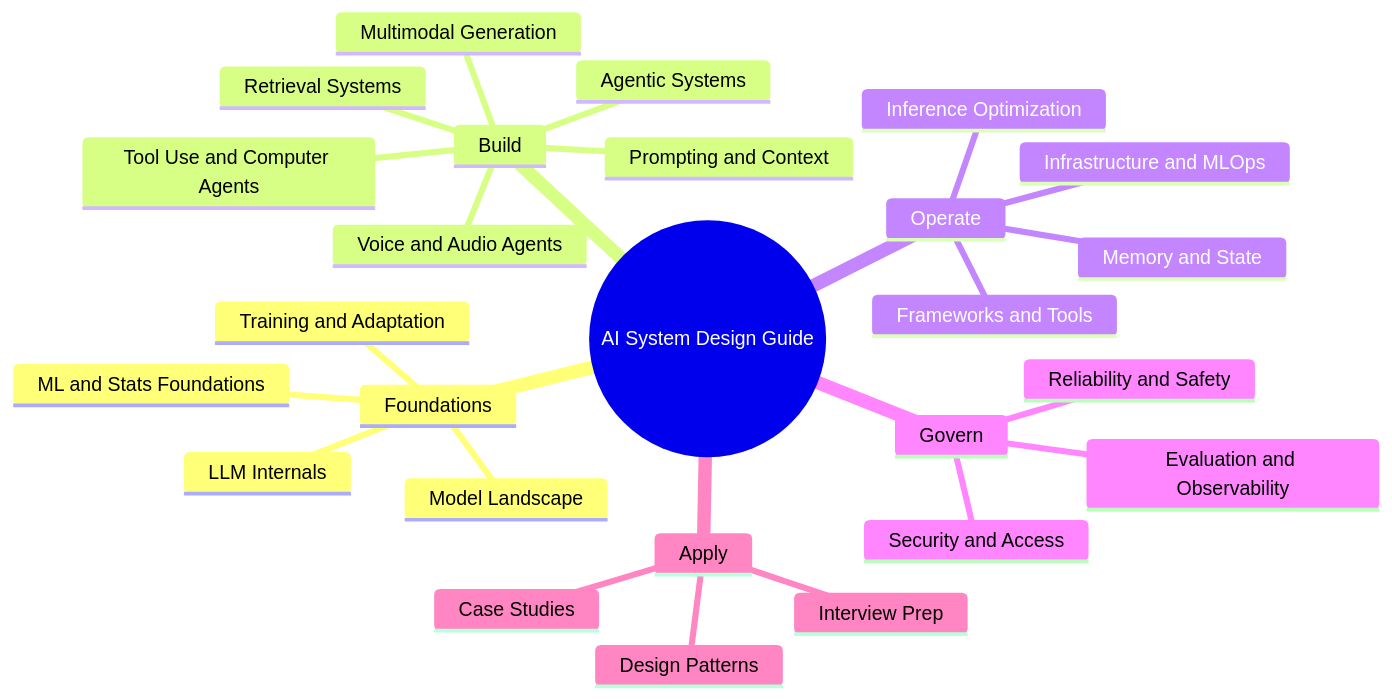
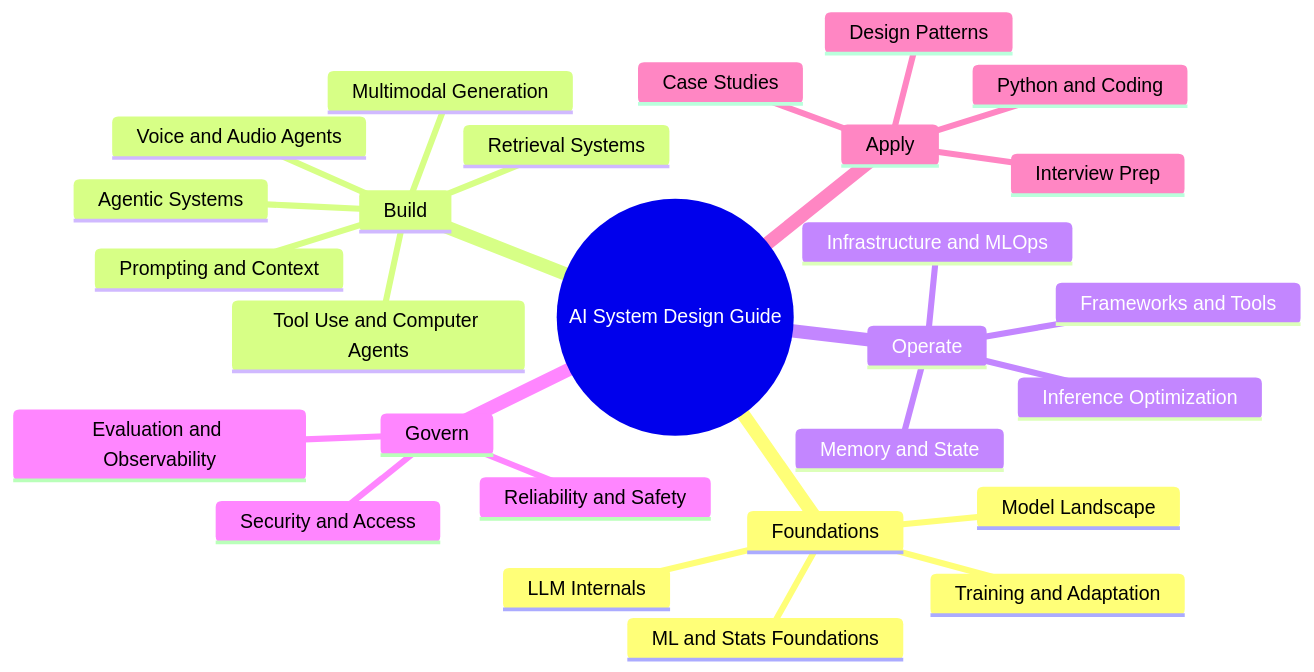
The second of 2 diagrams in README.md (aneshus95/ai-system-design-guide), drawn with Mermaid before and after one commit. The commit also changed other lines of this file and 2 other files, not shown here.

First line of the commit message:
Add Python & Coding section (folder 21) for interview prep

````diff
--- a/README.md
+++ b/README.md
@@ -158,29 +160,30 @@
 ```mermaid
 mindmap
   root((AI System Design Guide))
     Foundations
       LLM Internals
       Model Landscape
       Training and Adaptation
       ML and Stats Foundations
     Build
       Prompting and Context
       Retrieval Systems
       Agentic Systems
       Tool Use and Computer Agents
       Voice and Audio Agents
       Multimodal Generation
     Operate
       Inference Optimization
       Memory and State
       Frameworks and Tools
       Infrastructure and MLOps
     Govern
       Security and Access
       Reliability and Safety
       Evaluation and Observability
     Apply
       Design Patterns
       Case Studies
       Interview Prep
+      Python and Coding
 ```
````
